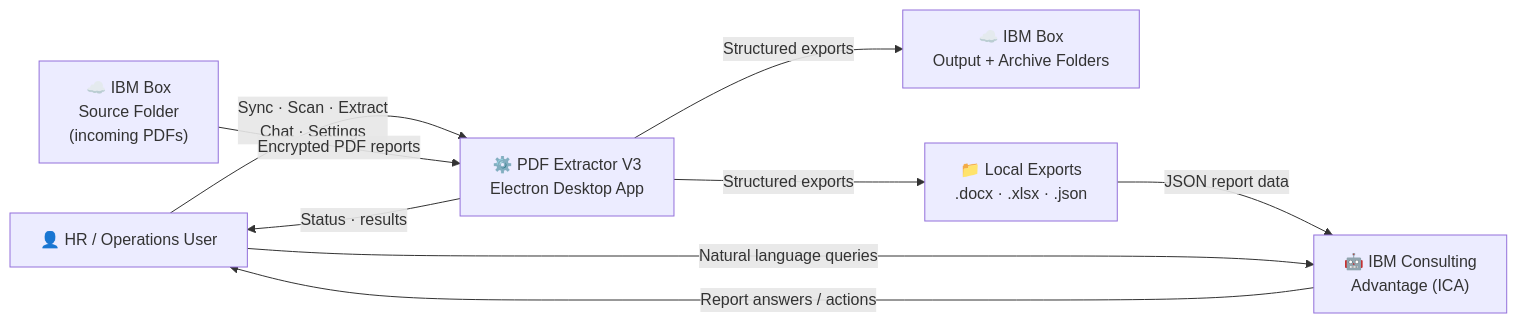
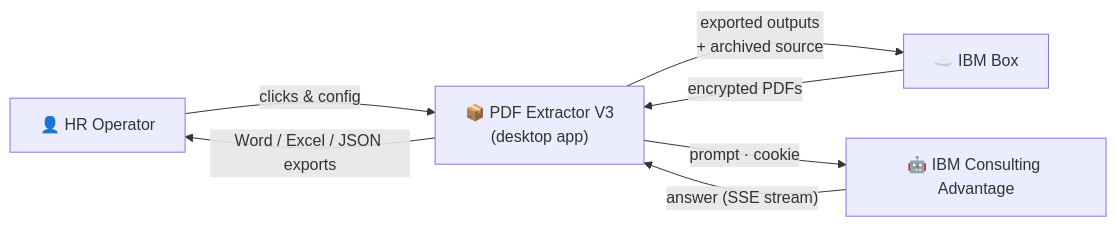
Before and after one commit to HackToTheFuture-WatsonX/WatsonX: the first of 4 diagrams in docs/pdf-extractor-v3/data-flow.md, drawn with Mermaid. The commit also changed other lines of this file and 57 other files, not shown here.

````diff
--- a/docs/pdf-extractor-v3/data-flow.md
+++ b/docs/pdf-extractor-v3/data-flow.md
@@ -11,18 +9,16 @@
 ```mermaid
-flowchart LR
-    HR["👤 HR / Operations User"]
-    BOX_IN["☁️ IBM Box\nSource Folder\n(incoming PDFs)"]
-    V3["⚙️ PDF Extractor V3\nElectron Desktop App"]
-    BOX_OUT["☁️ IBM Box\nOutput + Archive Folders"]
-    EXPORTS["📁 Local Exports\n.docx · .xlsx · .json"]
-    ICA["🤖 IBM Consulting\nAdvantage (ICA)"]
+graph LR
+    User["👤 HR Operator"]
+    V3["📦 PDF Extractor V3<br/>(desktop app)"]
+    Box["☁️ IBM Box"]
+    ICA["🤖 IBM Consulting Advantage"]
 
-    HR -- "Sync · Scan · Extract\nChat · Settings" --> V3
-    BOX_IN -- "Encrypted PDF reports" --> V3
-    V3 -- "Structured exports" --> BOX_OUT
-    V3 -- "Structured exports" --> EXPORTS
-    V3 -- "Status · results" --> HR
-    EXPORTS -- "JSON report data" --> ICA
-    HR -- "Natural language queries" --> ICA
-    ICA -- "Report answers / actions" --> HR
+    User -->|"clicks & config"| V3
+    V3 -->|"Word / Excel / JSON exports"| User
+
+    Box -->|"encrypted PDFs"| V3
+    V3 -->|"exported outputs<br/>+ archived source"| Box
+
+    V3 -->|"prompt · cookie"| ICA
+    ICA -->|"answer (SSE stream)"| V3
 ```
````
